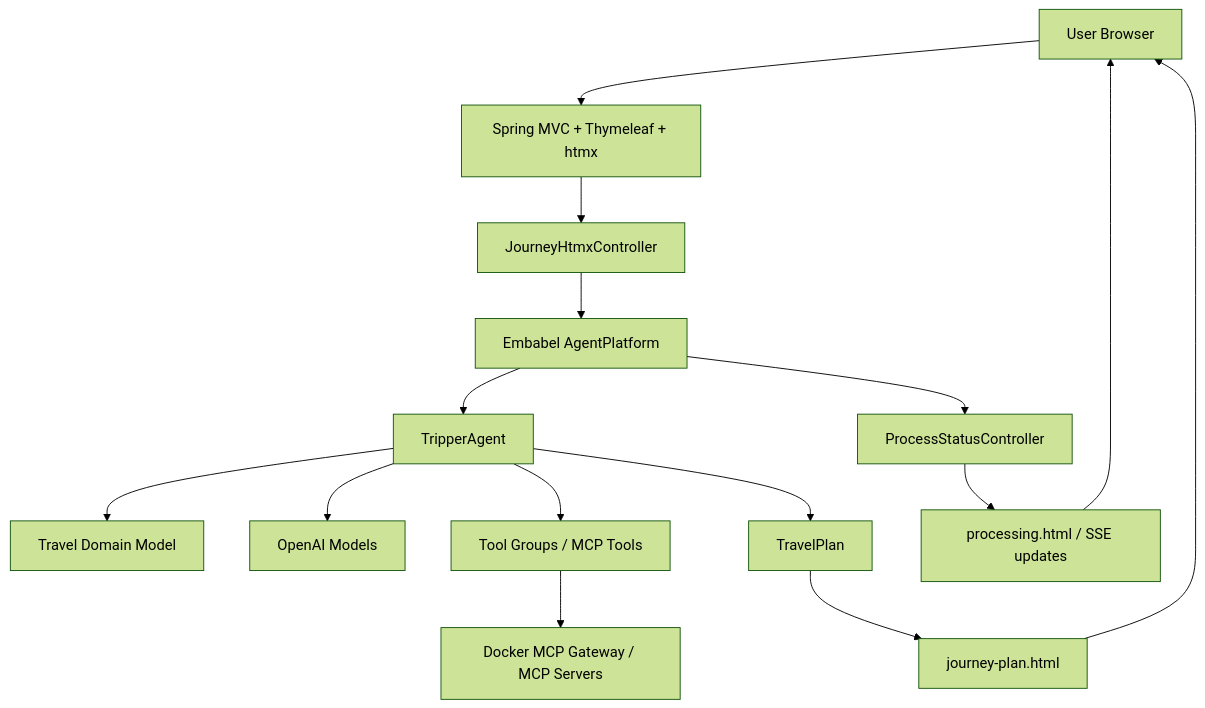
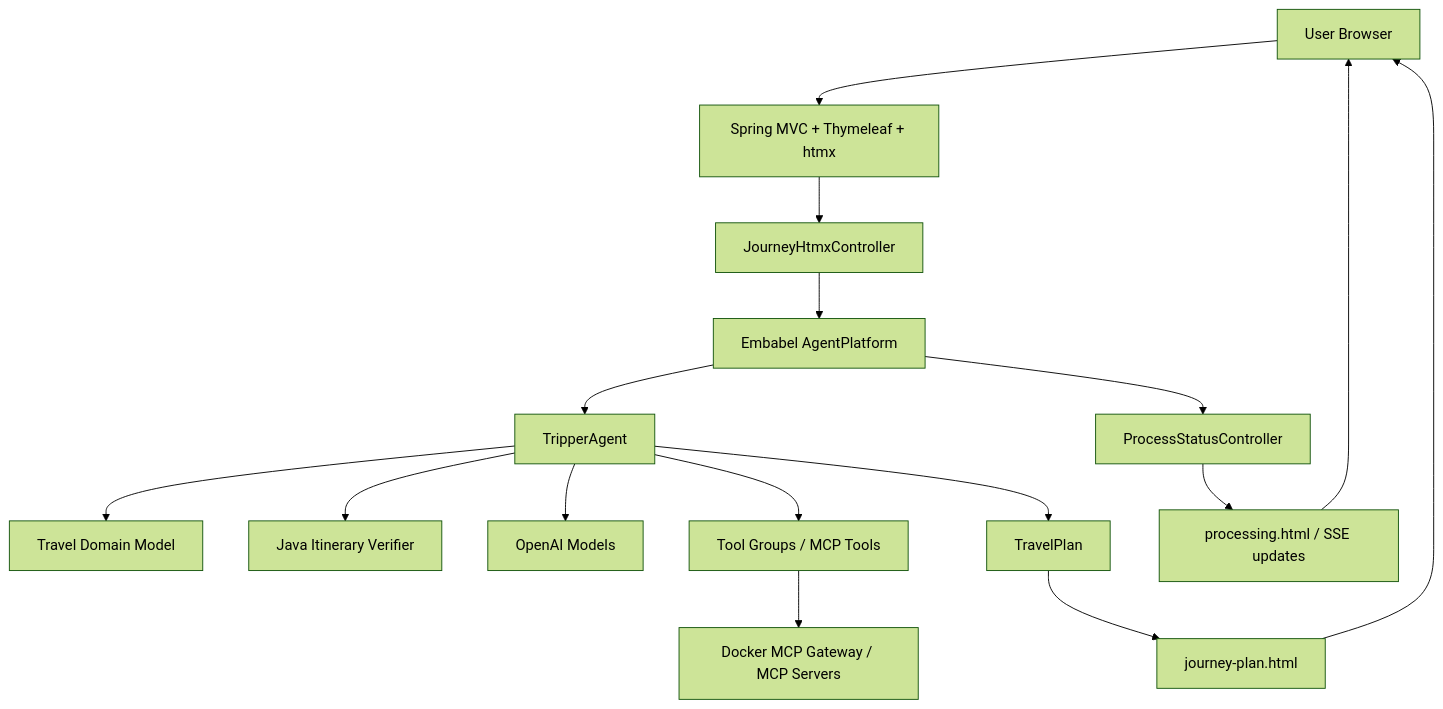
Before and after one commit to Shibun-a/tripper: the diagram in infra.md, drawn with Mermaid (forest theme). The commit also changed other lines of this file and 16 other files, not shown here.

Commit message:
Add itinerary verifier

````diff
--- a/infra.md
+++ b/infra.md
@@ -25,18 +28,19 @@
 ```mermaid
 flowchart TD
     User["User Browser"] --> Web["Spring MVC + Thymeleaf + htmx"]
     Web --> Controller["JourneyHtmxController"]
     Controller --> Platform["Embabel AgentPlatform"]
     Platform --> Agent["TripperAgent"]
     Agent --> Domain["Travel Domain Model"]
+    Agent --> Verifier["Java Itinerary Verifier"]
     Agent --> LLM["OpenAI Models"]
     Agent --> Tools["Tool Groups / MCP Tools"]
     Tools --> MCP["Docker MCP Gateway / MCP Servers"]
     Agent --> Result["TravelPlan"]
     Result --> View["journey-plan.html"]
     View --> User
 
     Platform --> Status["ProcessStatusController"]
     Status --> Processing["processing.html / SSE updates"]
     Processing --> User
 ```
````
